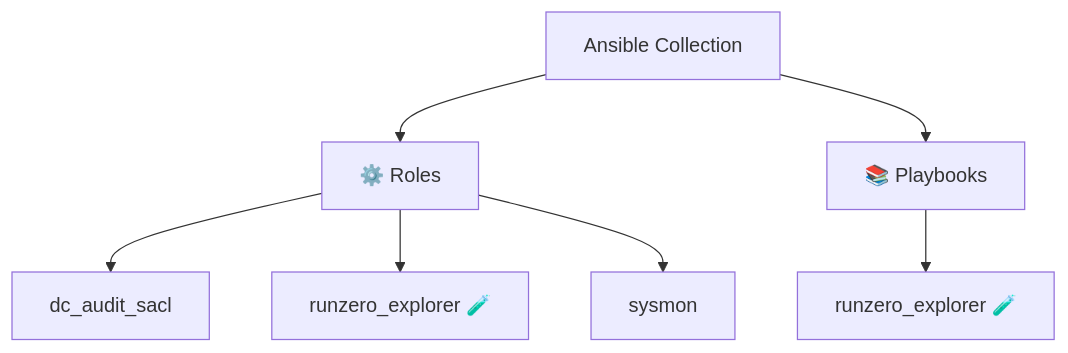
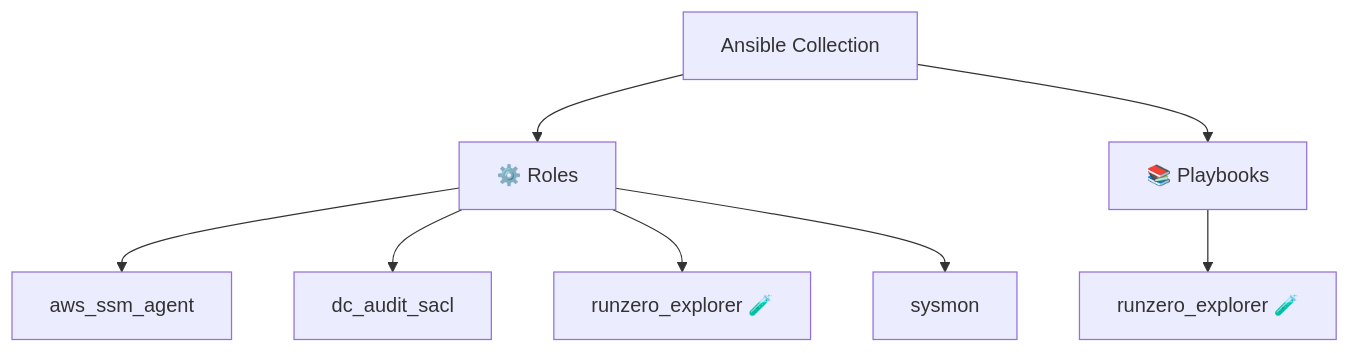
Before and after one commit to l50/ansible-collection-bulwark: the diagram in README.md, drawn with Mermaid. The commit also changed other lines of this file and 11 other files, not shown here.

First line of the commit message:
feat: add aws_ssm_agent ansible role for cross-platform ssm management (#525)

````diff
--- a/README.md
+++ b/README.md
@@ -14,10 +14,11 @@
 ```mermaid
 graph TD
     Collection[Ansible Collection]
     Collection --> Roles[⚙️ Roles]
-    Roles --> R0[dc_audit_sacl]
-    Roles --> R1[runzero_explorer 🧪]
-    Roles --> R2[sysmon]
+    Roles --> R0[aws_ssm_agent]
+    Roles --> R1[dc_audit_sacl]
+    Roles --> R2[runzero_explorer 🧪]
+    Roles --> R3[sysmon]
     Collection --> Playbooks[📚 Playbooks]
     Playbooks --> PB0[runzero_explorer 🧪]
 ```
````
